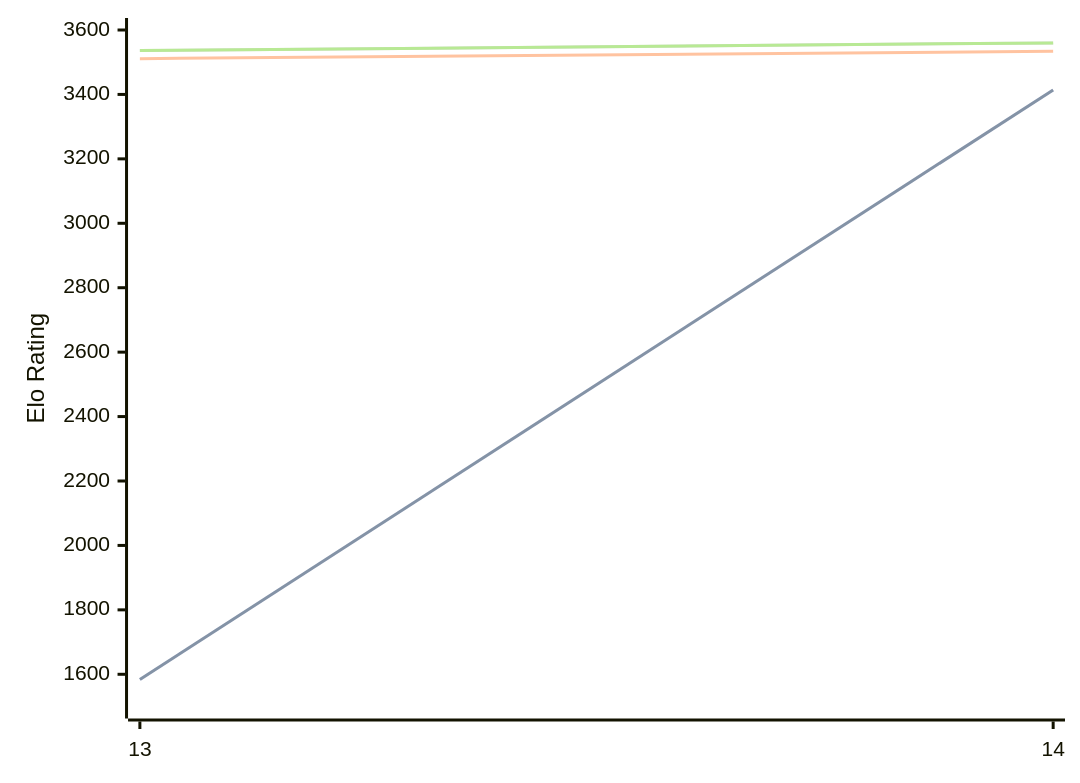
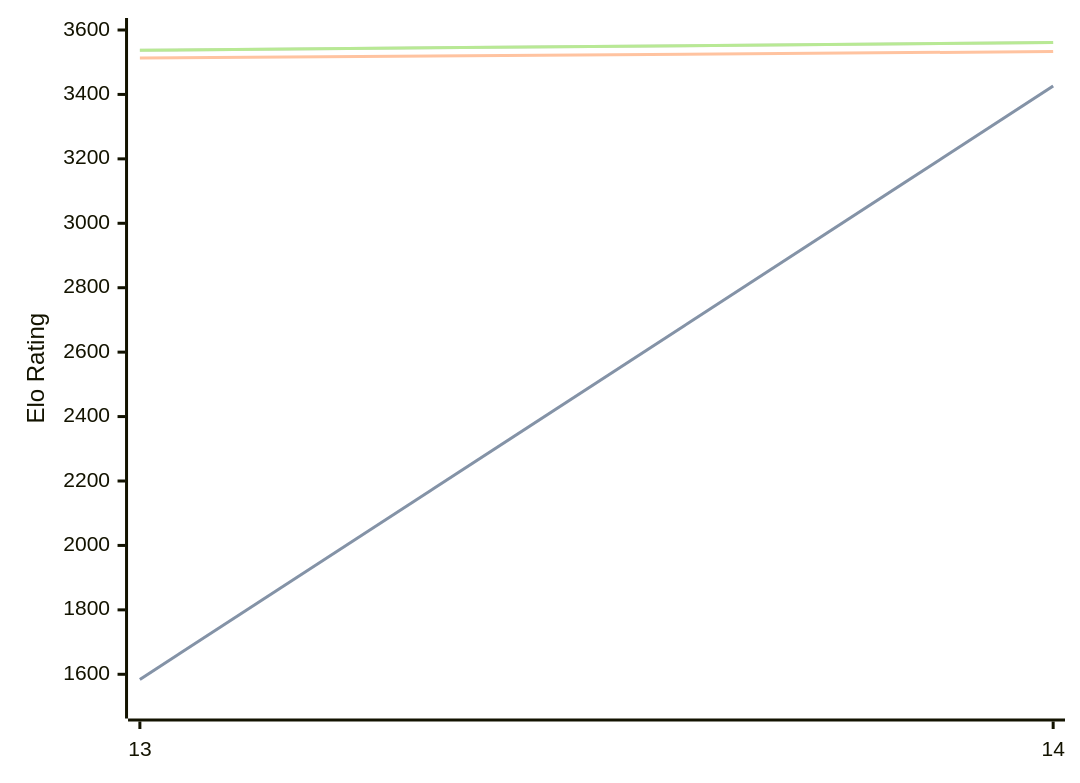
One commit to computer-chess-index/cci changed the third of 3 diagrams in engines/Berserk.md. Above: the diagram before and after it, drawn with Mermaid. The commit also changed other lines of this file, not shown here.

Commit message:
Update CCI Ratings (ELO VLTC) - 2026-06-30

````diff
--- a/engines/Berserk.md
+++ b/engines/Berserk.md
@@ -96,11 +96,11 @@
 ```mermaid
 %%{init: {"theme":"base","themeVariables":{"seriesColors:['#a3a3a3','#222221','#faa371']}}}%%
 xychart-beta
   x-axis ["13", "14"]
   y-axis "Elo Rating" 1500 --> 3600
-  line "STC (8.0+0.08s)" [1584, 3414]
-  line "STC (8.0+0.08s)" [1584, 3414]
-  line "LTC (60.0+0.60s)" [3511, 3534]
-  line "VLTC (2m24s+1.12s)" [3536, 3560]
-  line "VLTC (2m24s+1.12s)" [3536, 3560]
+  line "STC (8.0+0.08s)" [1584, 3426]
+  line "STC (8.0+0.08s)" [1584, 3426]
+  line "LTC (60.0+0.60s)" [3513, 3533]
+  line "VLTC (2m24s+1.12s)" [3537, 3561]
+  line "VLTC (2m24s+1.12s)" [3537, 3561]
 ```
````
